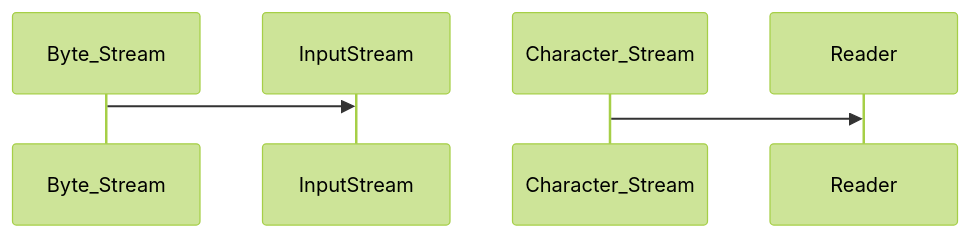
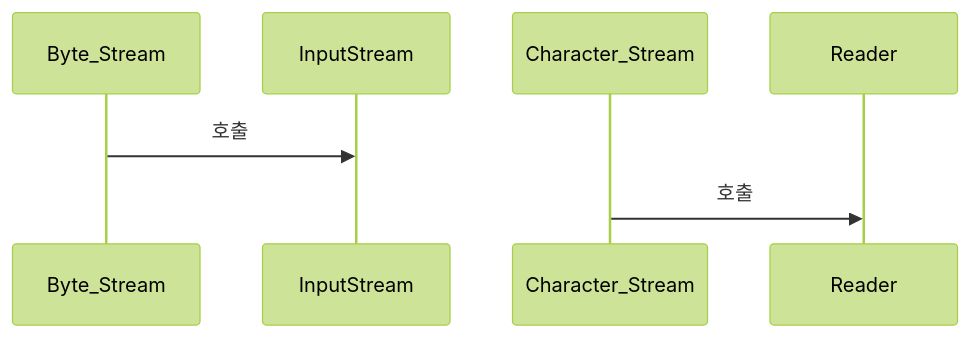
The second of 11 diagrams in _posts/java/2026-05-01-java-io.md (yjkim2015/yjkim2015.github.io), drawn with Mermaid (forest theme) before and after one commit. The commit also changed other lines of this file and 85 other files, not shown here.

First line of the commit message:
sequenceDiagram 문법 에러 2차 수정 169개 (86파일)

````diff
--- a/_posts/java/2026-05-01-java-io.md
+++ b/_posts/java/2026-05-01-java-io.md
@@ -42,5 +42,5 @@
 ```mermaid
 sequenceDiagram
-    Byte_Stream->>InputStream:
-    Character_Stream->>Reader:
+    Byte_Stream->>InputStream: 호출
+    Character_Stream->>Reader: 호출
 ```
````
